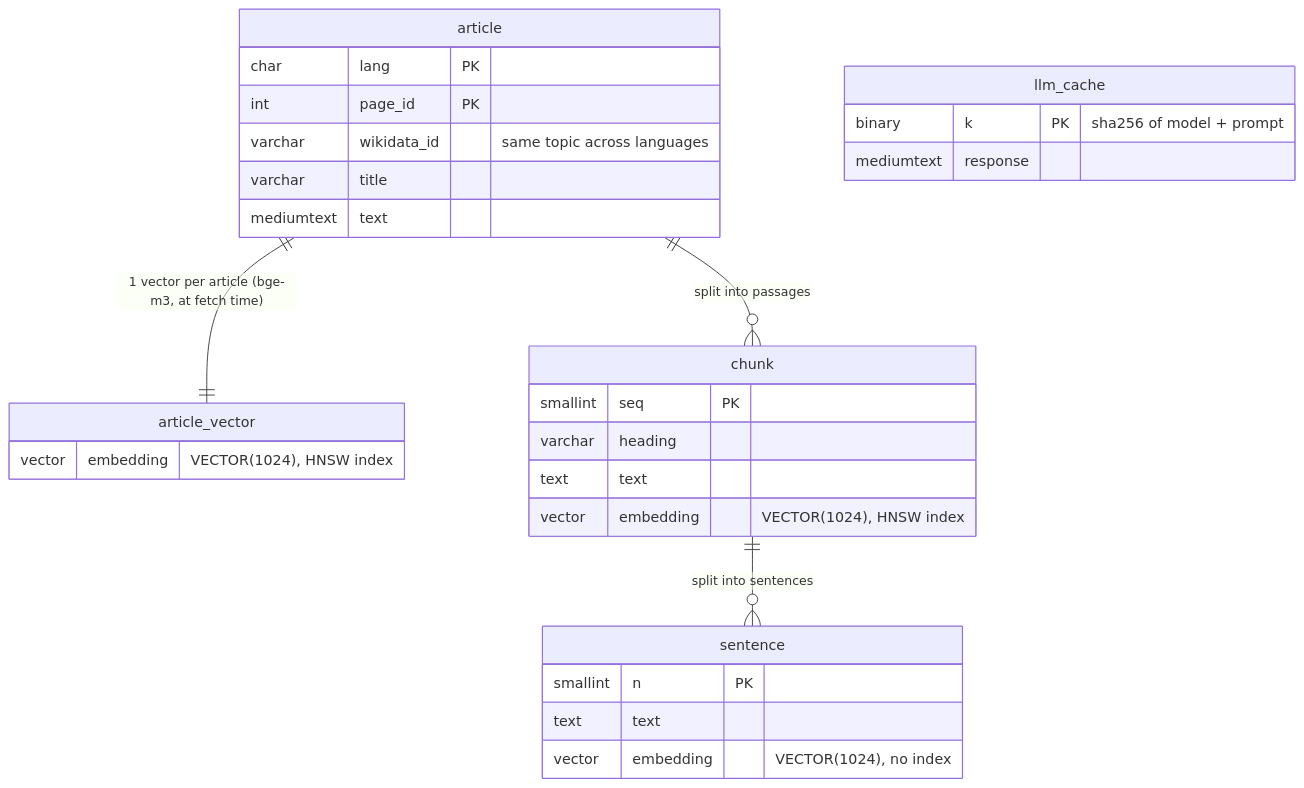
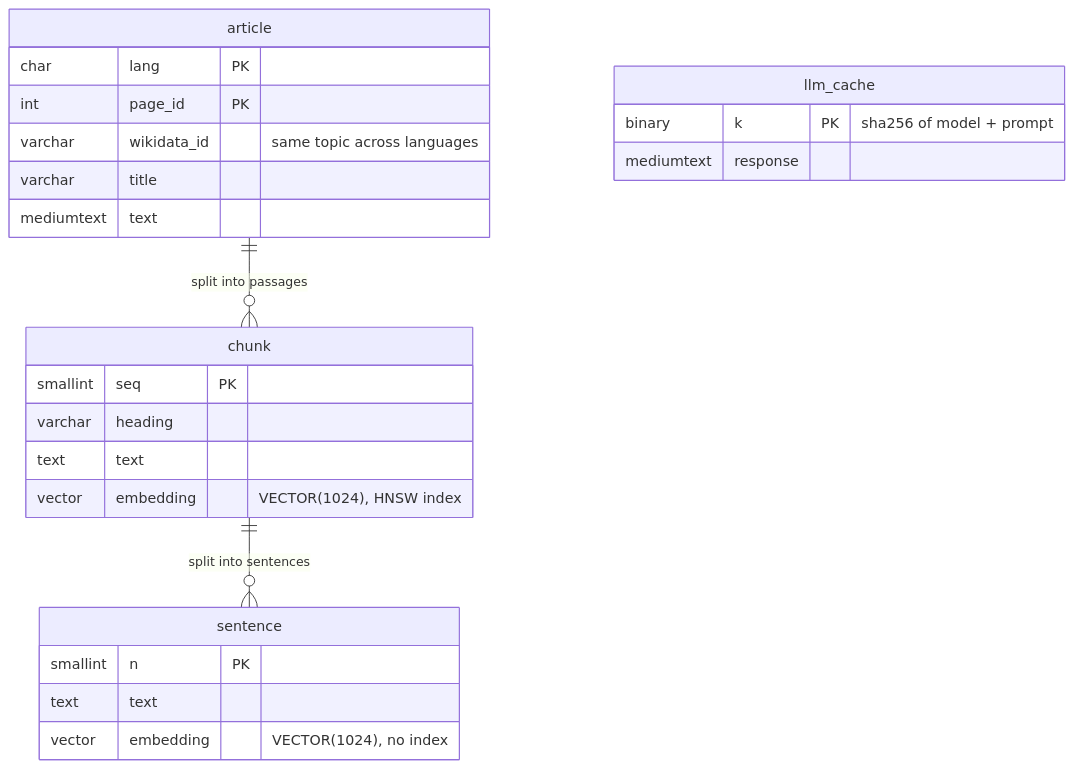
One commit to ardubev16/junction2026 changed the second of 7 diagrams in docs/how-it-works.md. Above: the diagram before and after it, drawn with Mermaid. The commit also changed other lines of this file and 6 other files, not shown here.

First line of the commit message:
refactor: drop the whole-article vectors; test that a failed fetch leaves a topic open

````diff
--- a/docs/how-it-works.md
+++ b/docs/how-it-works.md
@@ -45,31 +46,27 @@
 ```mermaid
 erDiagram
-  article ||--|| article_vector : "1 vector per article (bge-m3, at fetch time)"
   article ||--o{ chunk : "split into passages"
   chunk ||--o{ sentence : "split into sentences"
   article {
     char lang PK
     int page_id PK
     varchar wikidata_id "same topic across languages"
     varchar title
     mediumtext text
-  }
-  article_vector {
-    vector embedding "VECTOR(1024), HNSW index"
   }
   chunk {
     smallint seq PK
     varchar heading
     text text
     vector embedding "VECTOR(1024), HNSW index"
   }
   sentence {
     smallint n PK
     text text
     vector embedding "VECTOR(1024), no index"
   }
   llm_cache {
     binary k PK "sha256 of model + prompt"
     mediumtext response
   }
 ```
````
